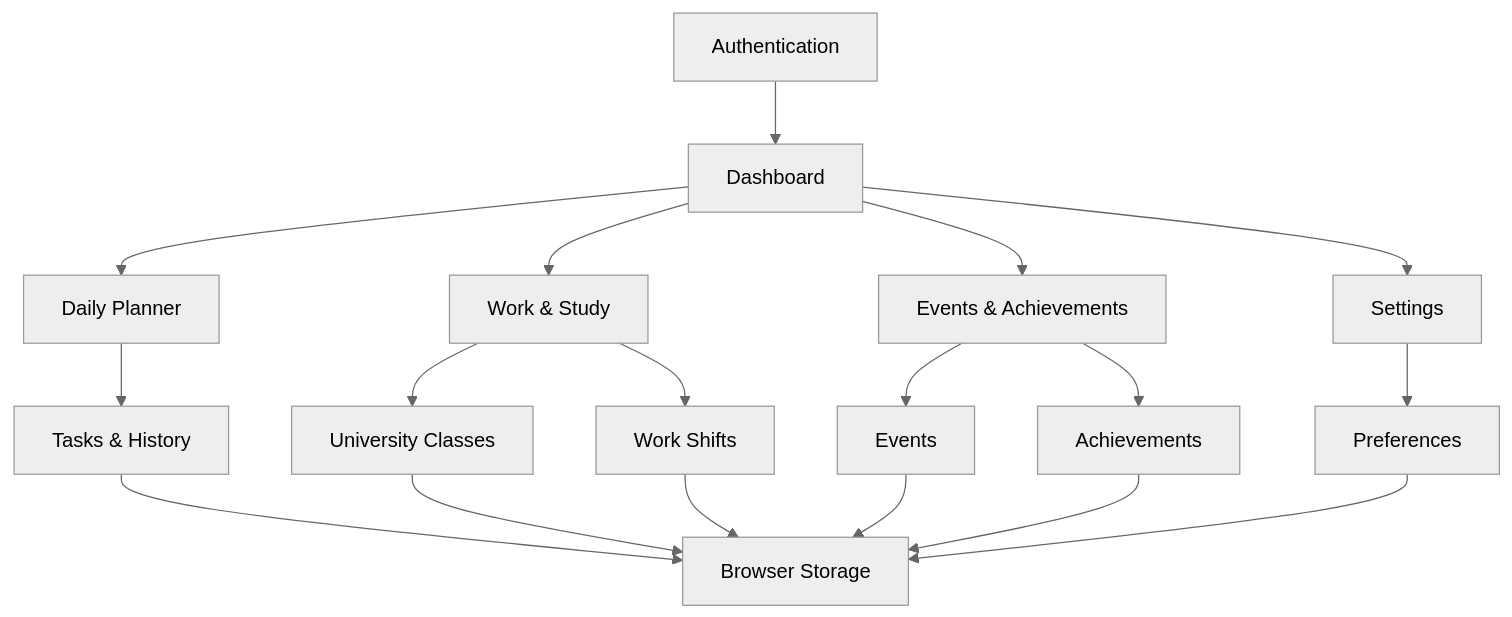
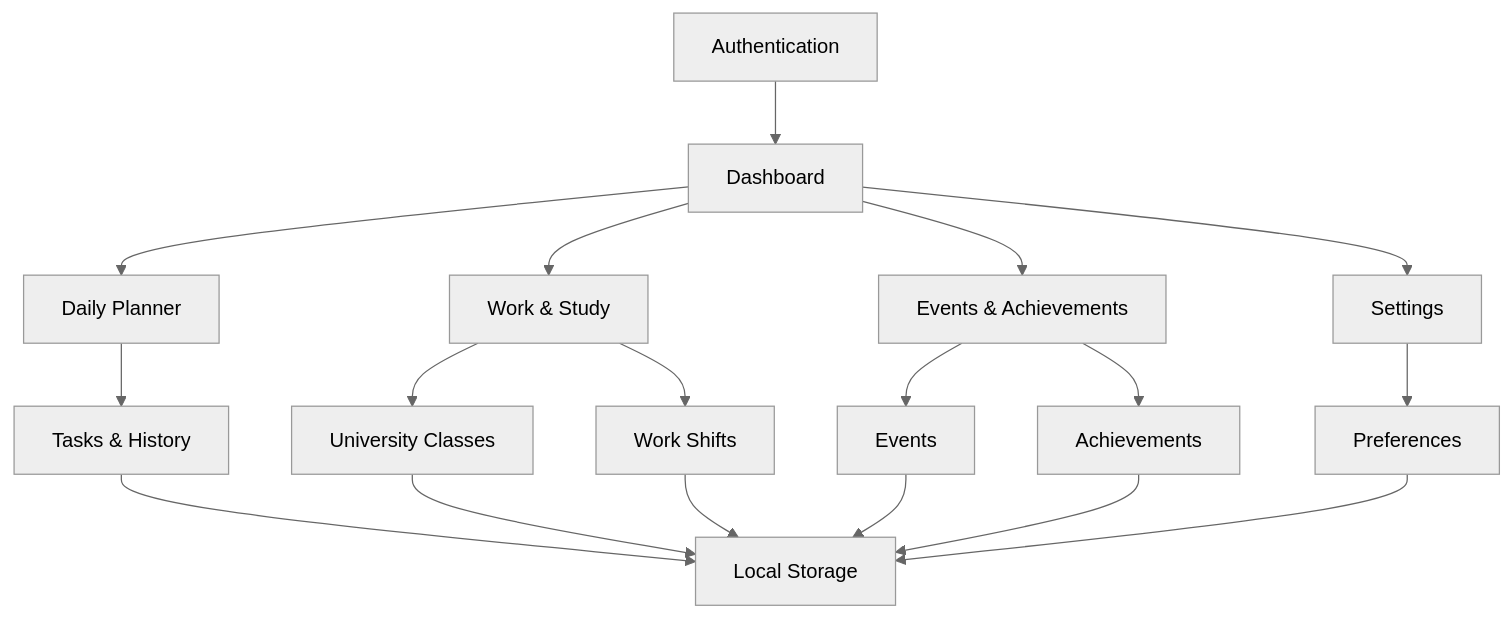
Before and after one commit to prabash0810/Group-A-C.S.D: the fourth of 4 diagrams in README.md, drawn with Mermaid (neutral theme). The commit also changed other lines of this file, not shown here.

````diff
--- a/README.md
+++ b/README.md
@@ -571,24 +573,24 @@
 ```mermaid
 graph TD
 
     LOGIN[Authentication] --> DASHBOARD[Dashboard]
 
     DASHBOARD --> DAY[Daily Planner]
     DASHBOARD --> WS[Work & Study]
     DASHBOARD --> EA[Events & Achievements]
     DASHBOARD --> SETTINGS[Settings]
 
     DAY --> TASKDATA[Tasks & History]
     WS --> UNIDATA[University Classes]
     WS --> WORKDATA[Work Shifts]
     EA --> EVENTDATA[Events]
     EA --> ACHDATA[Achievements]
     SETTINGS --> PREFDATA[Preferences]
 
-    TASKDATA --> STORAGE[Browser Storage]
+    TASKDATA --> STORAGE[Local Storage]
     UNIDATA --> STORAGE
     WORKDATA --> STORAGE
     EVENTDATA --> STORAGE
     ACHDATA --> STORAGE
     PREFDATA --> STORAGE
 ```
````
